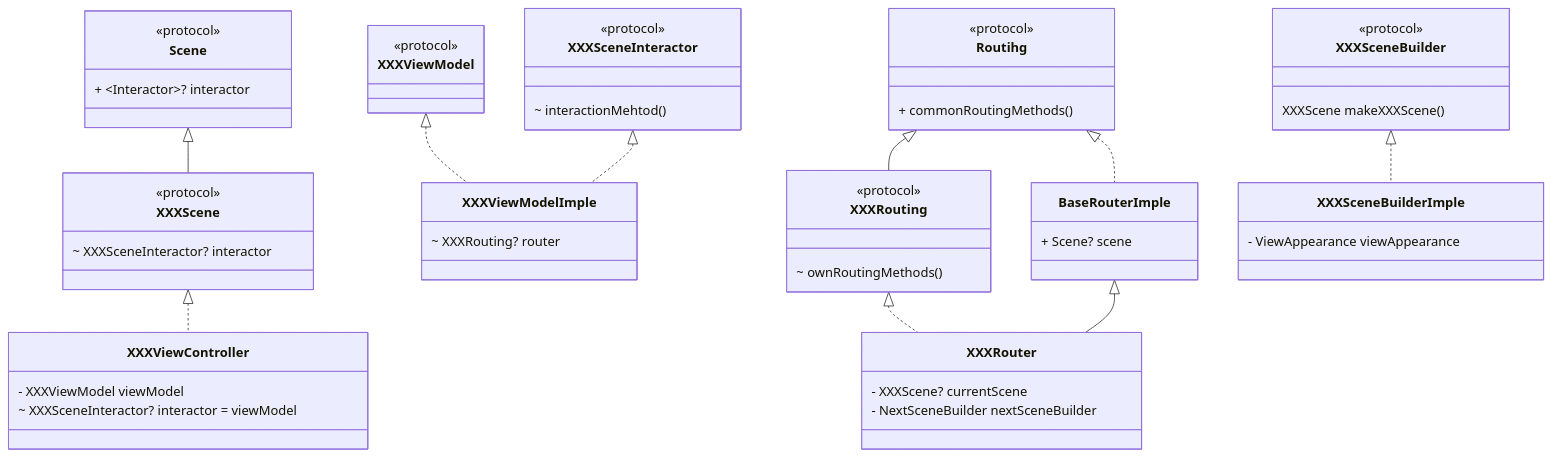
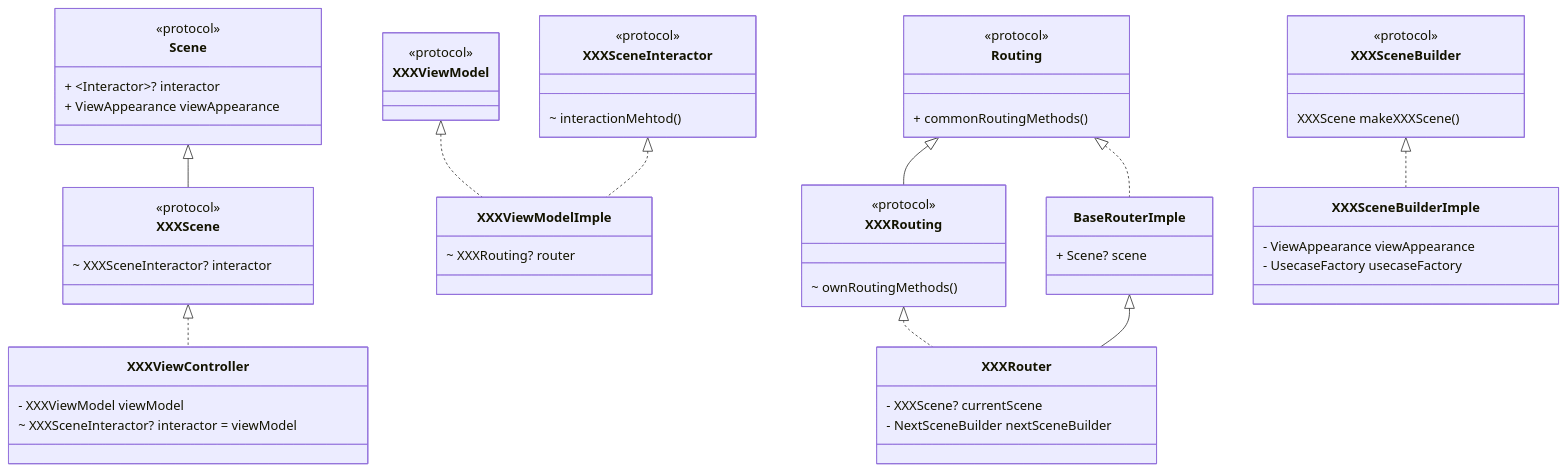
The first of 9 diagrams in docs/화면단위구조.md (sudopark/TodoCalendar), drawn with Mermaid before and after one commit. The commit also changed other lines of this file and 14 other files, not shown here.

````diff
--- a/docs/화면단위구조.md
+++ b/docs/화면단위구조.md
@@ -25,56 +24,58 @@
 ```mermaid
 classDiagram
     Scene <|-- XXXScene
     XXXScene <|.. XXXViewController
     XXXViewModel <|.. XXXViewModelImple
     XXXSceneInteractor <|.. XXXViewModelImple
-    Routihg <|.. BaseRouterImple
-    Routihg <|-- XXXRouting
+    Routing <|.. BaseRouterImple
+    Routing <|-- XXXRouting
     XXXRouting <|.. XXXRouter
     BaseRouterImple <|-- XXXRouter
     XXXSceneBuilder <|.. XXXSceneBuilderImple
     class Scene {
         <<protocol>>
         + ~Interactor~? interactor
+        + ViewAppearance viewAppearance
     }
     class XXXSceneInteractor{
         <<protocol>>
         ~ interactionMehtod()
     }
     class XXXScene{
         <<protocol>>
         ~ XXXSceneInteractor? interactor
     }
     class XXXViewModel{
         <<protocol>>
     }
     class XXXViewController{
         - XXXViewModel viewModel
         ~ XXXSceneInteractor? interactor = viewModel
     }
     class XXXViewModelImple{
         ~ XXXRouting? router
     }
-    class Routihg{
+    class Routing{
         <<protocol>>
         + commonRoutingMethods()
     }
     class BaseRouterImple{
         + Scene? scene
     }
     class XXXRouting{
         <<protocol>>
         ~ ownRoutingMethods()
     }
     class XXXRouter{
         - XXXScene? currentScene
         - NextSceneBuilder nextSceneBuilder
     }
     class XXXSceneBuilder{
         <<protocol>>
         XXXScene makeXXXScene()
     }
     class XXXSceneBuilderImple{
         - ViewAppearance viewAppearance
+        - UsecaseFactory usecaseFactory
     }
 ```
````
